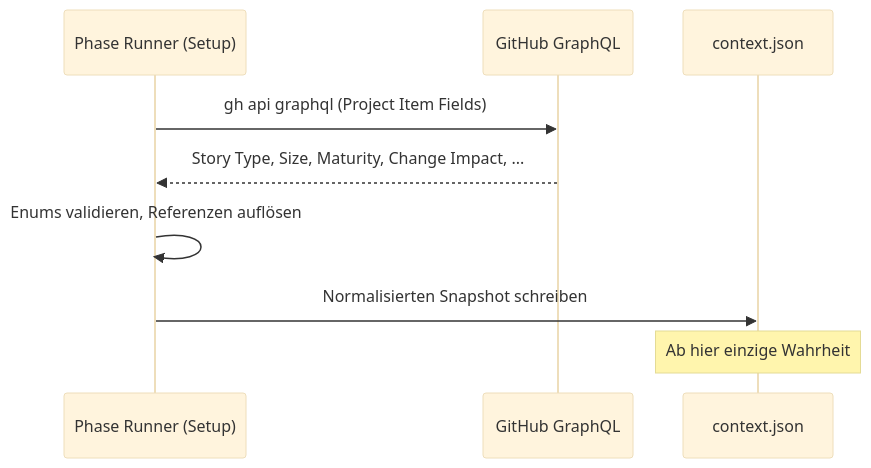
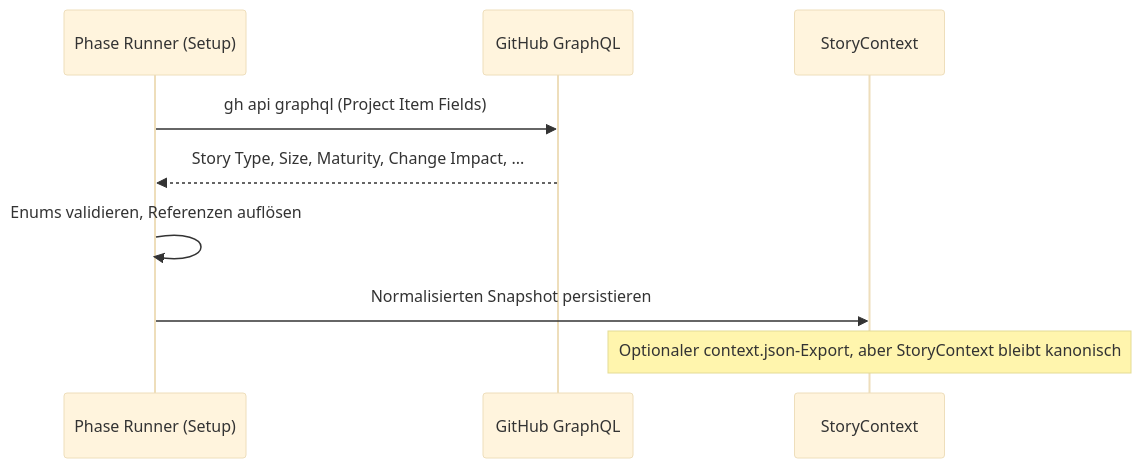
One commit to saltenhof/claude-agentkit3 changed the first of 4 diagrams in concept/technical-design/12_github_integration_repo_operationen.md. Above: the diagram before and after it, drawn with Mermaid (base theme). The commit also changed other lines of this file and 135 other files, not shown here.

````diff
--- a/concept/technical-design/12_github_integration_repo_operationen.md
+++ b/concept/technical-design/12_github_integration_repo_operationen.md
@@ -75,12 +76,12 @@
 ```mermaid
 sequenceDiagram
     participant PR as Phase Runner (Setup)
     participant GH as GitHub GraphQL
-    participant CTX as context.json
+    participant CTX as StoryContext
 
     PR->>GH: gh api graphql (Project Item Fields)
     GH-->>PR: Story Type, Size, Maturity, Change Impact, ...
     PR->>PR: Enums validieren, Referenzen auflösen
-    PR->>CTX: Normalisierten Snapshot schreiben
-    Note over CTX: Ab hier einzige Wahrheit
+    PR->>CTX: Normalisierten Snapshot persistieren
+    Note over CTX: Optionaler context.json-Export, aber StoryContext bleibt kanonisch
 ```
````
